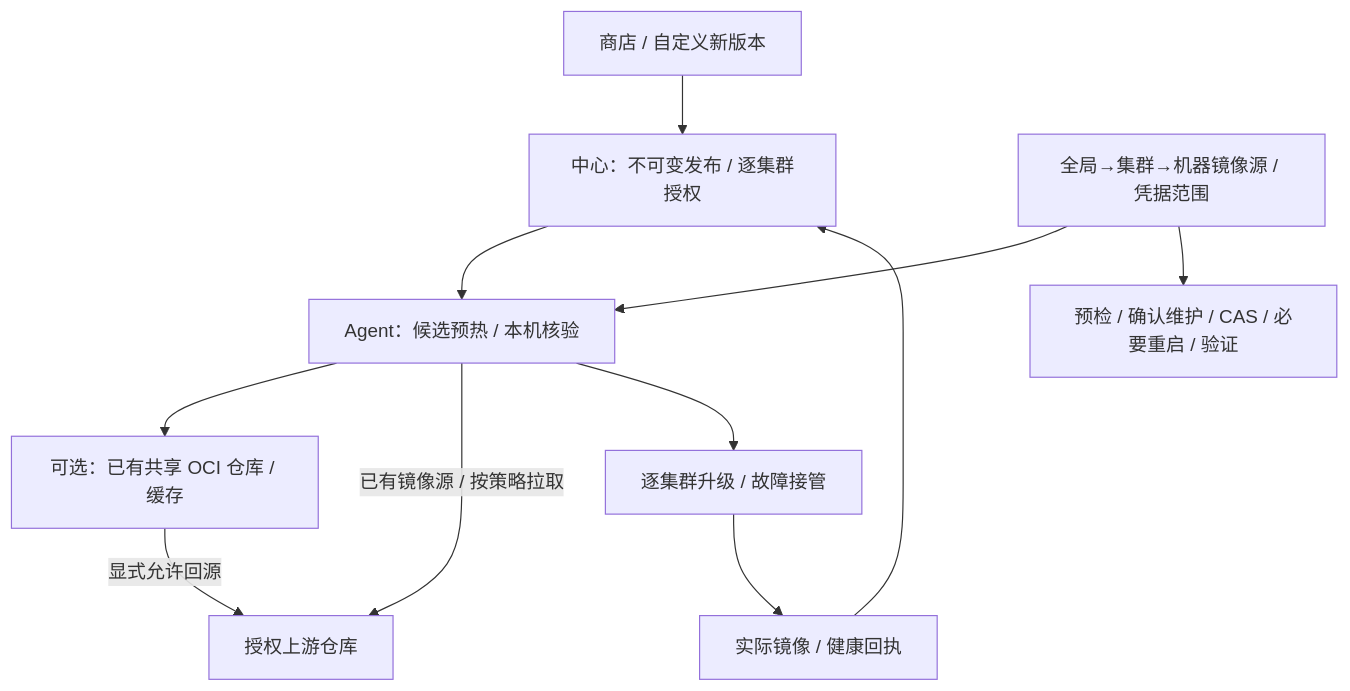
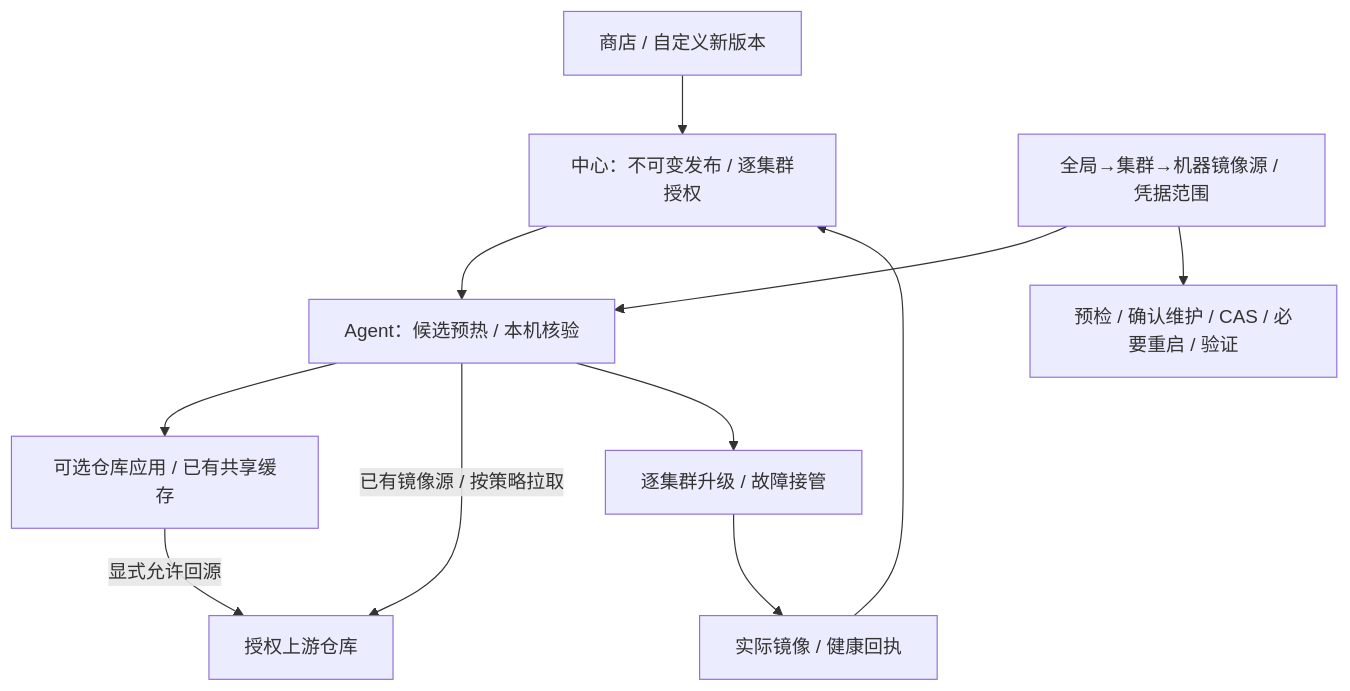
One commit to workhold/lightmoni changed diagram 26 of 27 in docs/system-design.md. Above: the diagram before and after it, drawn with Mermaid. The commit also changed other lines of this file and 14 other files, not shown here.

````diff
--- a/docs/system-design.md
+++ b/docs/system-design.md
@@ -1528,13 +1528,13 @@
 ```mermaid
 flowchart TB
   sources["商店 / 自定义新版本"] --> release["中心：不可变发布 / 逐集群授权"]
   release --> prepare["Agent：候选预热 / 本机核验"]
   profiles["全局→集群→机器镜像源 / 凭据范围"] --> prepare
-  prepare --> cache["可选：已有共享 OCI 仓库 / 缓存"]
+  prepare --> cache["可选仓库应用 / 已有共享缓存"]
   prepare -->|已有镜像源 / 按策略拉取| upstream["授权上游仓库"]
   cache -->|显式允许回源| upstream
   prepare --> rollout["逐集群升级 / 故障接管"]
   rollout --> health["实际镜像 / 健康回执"]
   health --> release
   profiles --> maintenance["预检 / 确认维护 / CAS / 必要重启 / 验证"]
 ```
````
